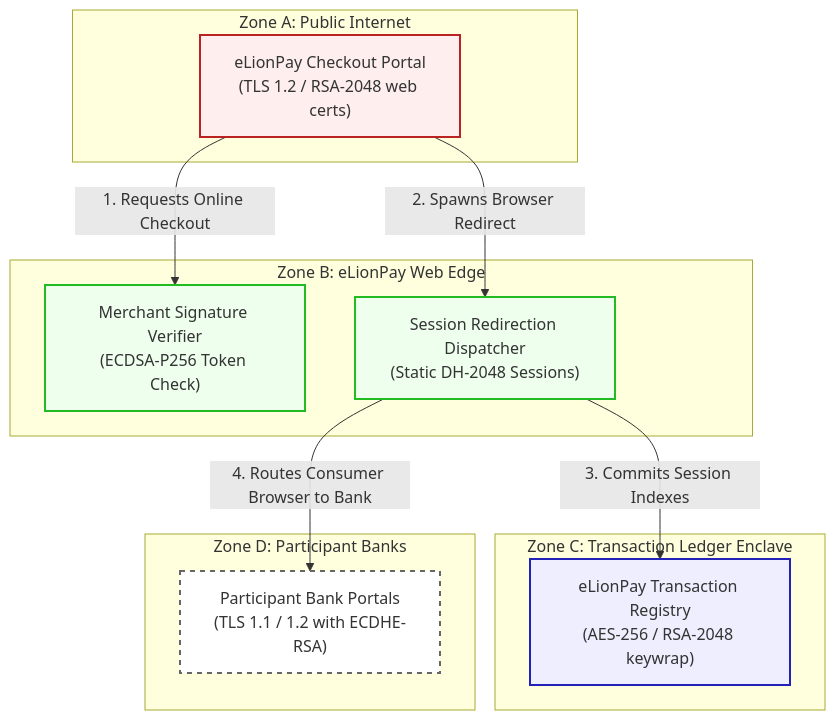
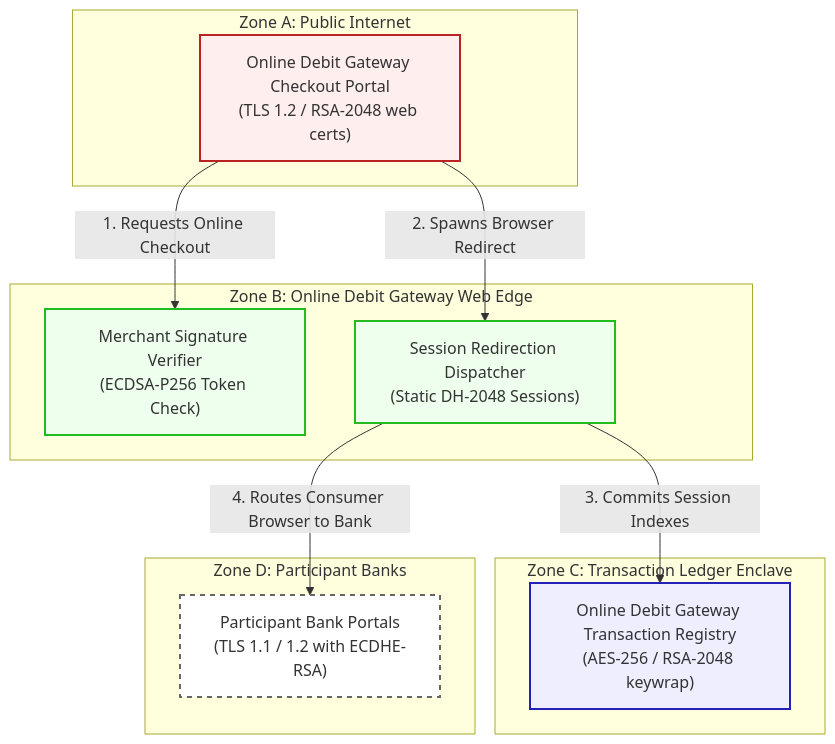
One commit to justinwkUKM/AETHER-PQC changed the diagram in sample_artifacts/scenarios/17-online-debit-gateway/architecture.md. Above: the diagram before and after it, drawn with Mermaid. The commit also changed other lines of this file and 187 other files, not shown here.

````diff
--- a/sample_artifacts/scenarios/17-online-debit-gateway/architecture.md
+++ b/sample_artifacts/scenarios/17-online-debit-gateway/architecture.md
@@ -21,38 +21,38 @@
 ```mermaid
 graph TD
   subgraph Zone_A_Browser ["Zone A: Public Internet"]
-    N1["eLionPay Checkout Portal<br/>(TLS 1.2 / RSA-2048 web certs)"]
+    N1["Online Debit Gateway Checkout Portal<br/>(TLS 1.2 / RSA-2048 web certs)"]
   end
 
-  subgraph Zone_B_Edge ["Zone B: eLionPay Web Edge"]
+  subgraph Zone_B_Edge ["Zone B: Online Debit Gateway Web Edge"]
     N2["Merchant Signature Verifier<br/>(ECDSA-P256 Token Check)"]
     N3["Session Redirection Dispatcher<br/>(Static DH-2048 Sessions)"]
   end
 
   subgraph Zone_C_DB ["Zone C: Transaction Ledger Enclave"]
-    N4["eLionPay Transaction Registry<br/>(AES-256 / RSA-2048 keywrap)"]
+    N4["Online Debit Gateway Transaction Registry<br/>(AES-256 / RSA-2048 keywrap)"]
   end
 
   subgraph Zone_D_Banks ["Zone D: Participant Banks"]
     N5["Participant Bank Portals<br/>(TLS 1.1 / 1.2 with ECDHE-RSA)"]
   end
 
   %% Flow Connections %%
   N1 -->|1. Requests Online Checkout| N2
   N1 -->|2. Spawns Browser Redirect| N3
   N3 -->|3. Commits Session Indexes| N4
   N3 -->|4. Routes Consumer Browser to Bank| N5
 
   %% Styling %%
   classDef dmz fill:#fee,stroke:#b22,stroke-width:2px;
   classDef core fill:#efe,stroke:#2b2,stroke-width:2px;
   classDef enclave fill:#eef,stroke:#22b,stroke-width:2px;
   classDef archive fill:#fef,stroke:#b2b,stroke-width:2px;
   classDef ext fill:#fff,stroke:#666,stroke-width:2px,stroke-dasharray: 5 5;
 
   class N1 dmz;
   class N2 core;
   class N3 core;
   class N4 enclave;
   class N5 ext;
 ```
````
